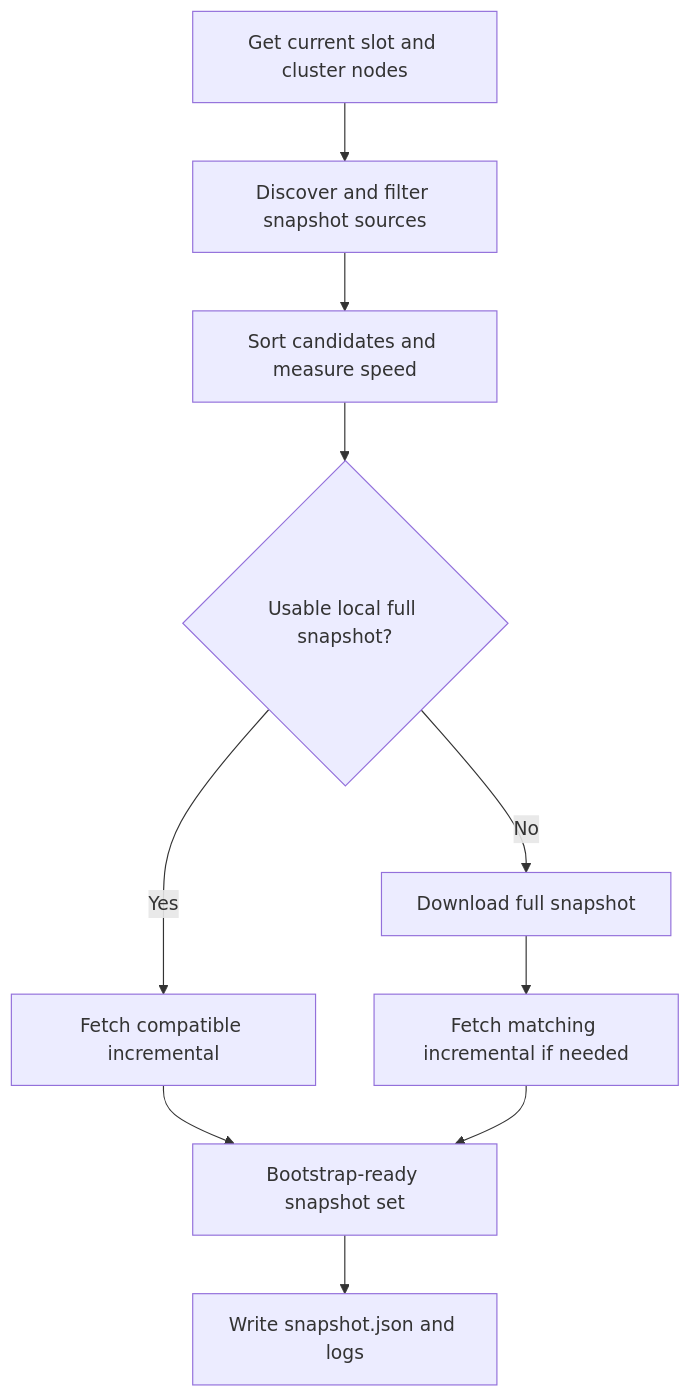
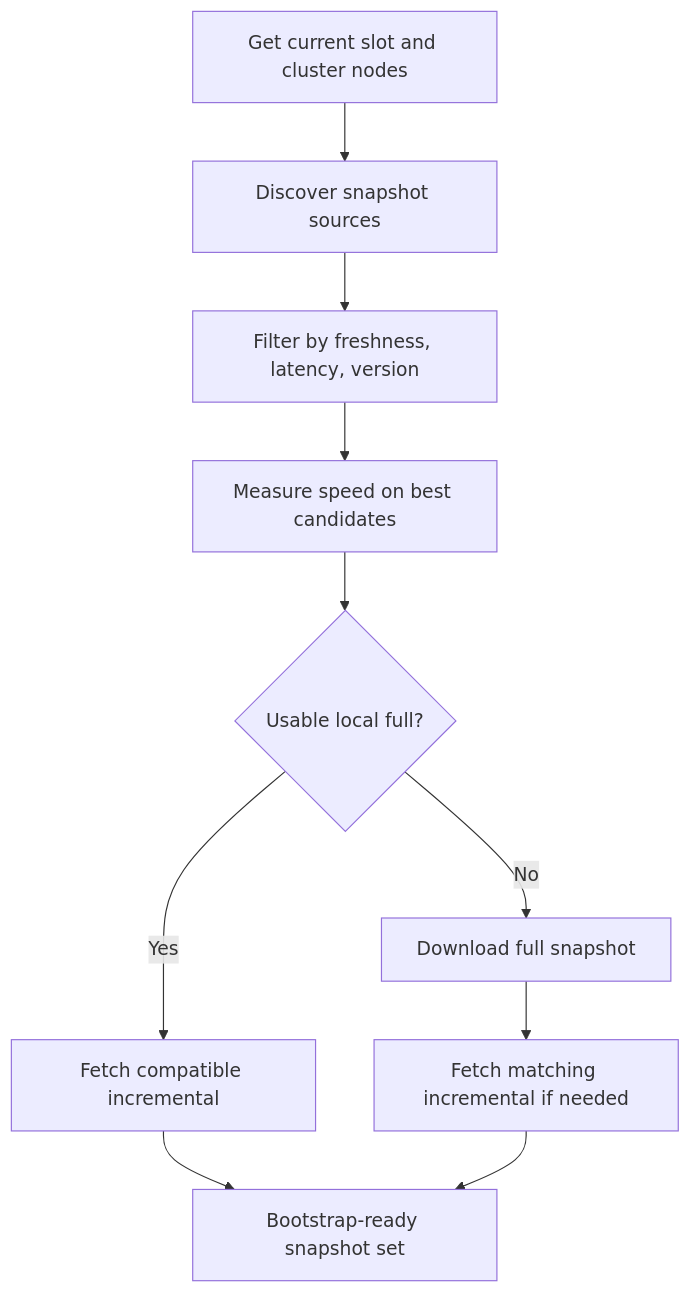
One commit to 1dad-io/solana-snapshot-finder changed the diagram in README.md. Above: the diagram before and after it, drawn with Mermaid. The commit also changed other lines of this file, not shown here.

````diff
--- a/README.md
+++ b/README.md
@@ -21,12 +20,12 @@
 ```mermaid
 flowchart TD
-    A[Get current slot and cluster nodes] --> B[Discover and filter snapshot sources]
-    B --> C[Sort candidates and measure speed]
-    C --> D{Usable local full snapshot?}
-    D -- Yes --> E[Fetch compatible incremental]
-    D -- No --> F[Download full snapshot]
-    F --> G[Fetch matching incremental if needed]
-    E --> H[Bootstrap-ready snapshot set]
-    G --> H
-    H --> I[Write snapshot.json and logs]
+    A[Get current slot and cluster nodes] --> B[Discover snapshot sources]
+    B --> C[Filter by freshness, latency, version]
+    C --> D[Measure speed on best candidates]
+    D --> E{Usable local full?}
+    E -- Yes --> F[Fetch compatible incremental]
+    E -- No --> G[Download full snapshot]
+    G --> H[Fetch matching incremental if needed]
+    F --> I[Bootstrap-ready snapshot set]
+    H --> I
 ```
````
